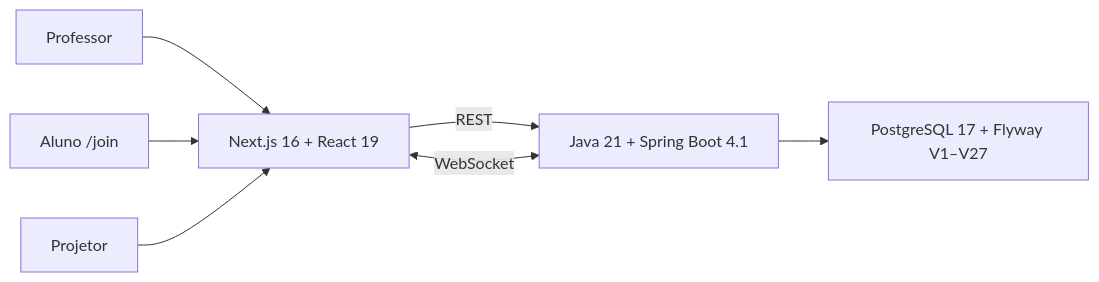
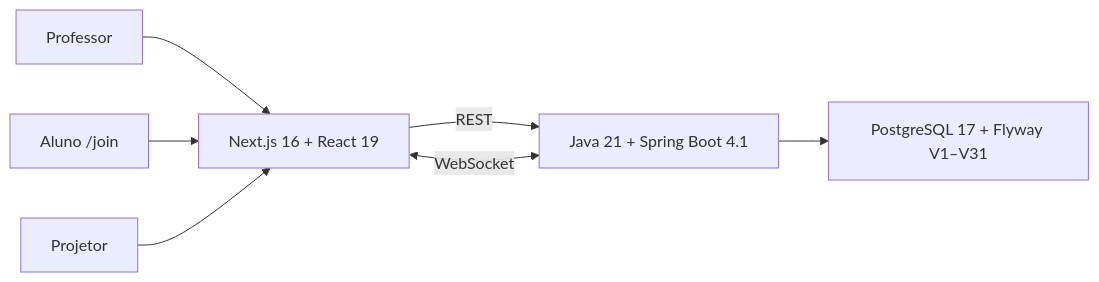
The diagram in README.md (wesscosta/arena-dev), drawn with Mermaid before and after one commit. The commit also changed other lines of this file and 42 other files, not shown here.

````diff
--- a/README.md
+++ b/README.md
@@ -113,9 +113,9 @@
 ```mermaid
 flowchart LR
     T["Professor"] --> F["Next.js 16 + React 19"]
     S["Aluno /join"] --> F
     P["Projetor"] --> F
     F -->|"REST"| B["Java 21 + Spring Boot 4.1"]
     F <-->|"WebSocket"| B
-    B --> D["PostgreSQL 17 + Flyway V1–V27"]
+    B --> D["PostgreSQL 17 + Flyway V1–V31"]
 ```
````
